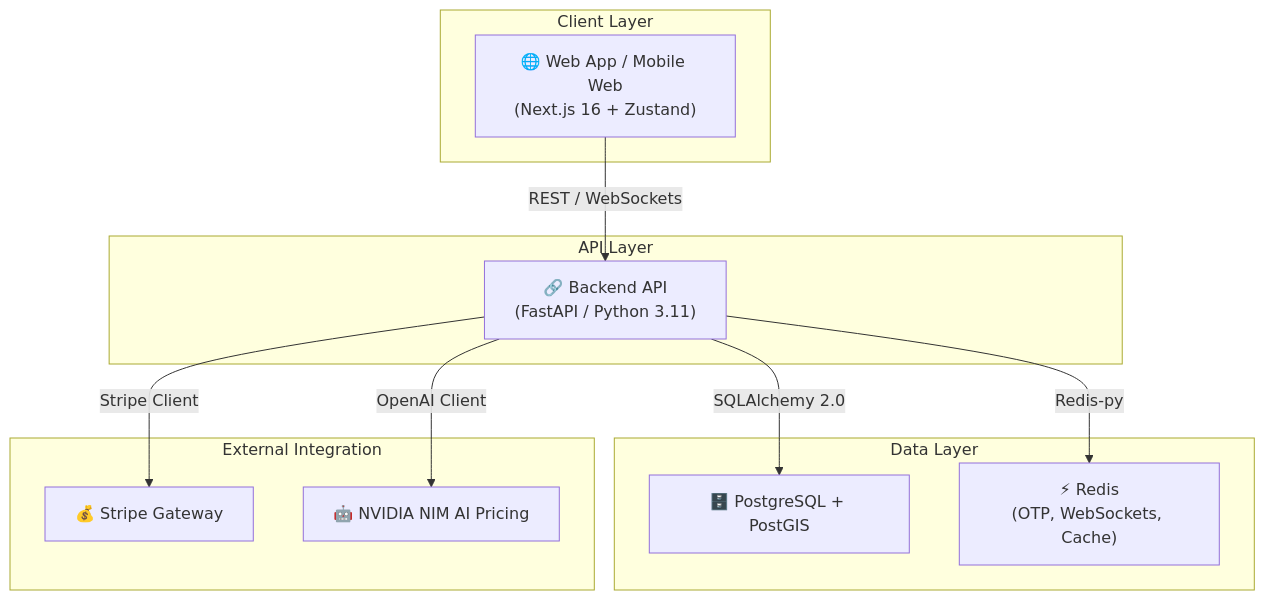
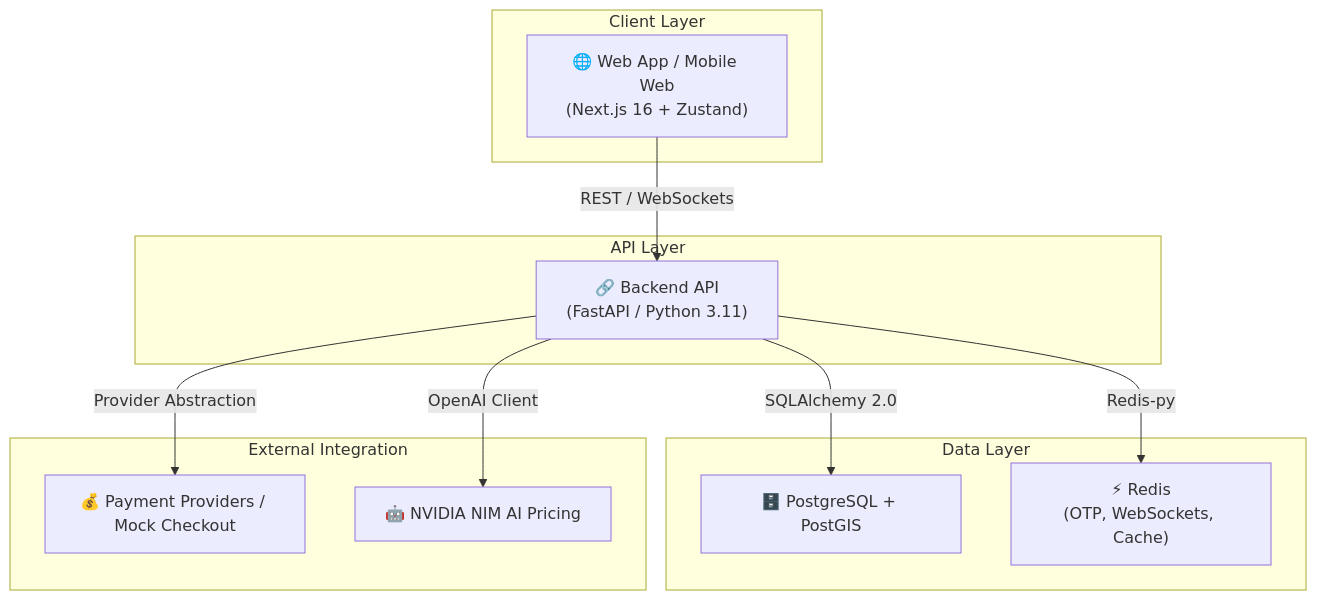
One commit to JosephIsrafilov/yolustu changed the diagram in docs/architecture.md. Above: the diagram before and after it, drawn with Mermaid. The commit also changed other lines of this file and 46 other files, not shown here.

Commit message:
feat(payments): add wallet and booking payment flow

````diff
--- a/docs/architecture.md
+++ b/docs/architecture.md
@@ -7,26 +7,26 @@
 ```mermaid
 graph TB
     subgraph "Client Layer"
         WA["🌐 Web App / Mobile Web<br/>(Next.js 16 + Zustand)"]
     end
     
     subgraph "API Layer"
         API["🔗 Backend API<br/>(FastAPI / Python 3.11)"]
     end
     
     subgraph "Data Layer"
         DB["🗄️ PostgreSQL + PostGIS"]
         RD["⚡ Redis<br/>(OTP, WebSockets, Cache)"]
     end
 
     subgraph "External Integration"
-        Stripe["💰 Stripe Gateway"]
+        Payments["💰 Payment Providers / Mock Checkout"]
         NIM["🤖 NVIDIA NIM AI Pricing"]
     end
     
     WA -->|REST / WebSockets| API
     API -->|SQLAlchemy 2.0| DB
     API -->|Redis-py| RD
-    API -->|Stripe Client| Stripe
+    API -->|Provider Abstraction| Payments
     API -->|OpenAI Client| NIM
 ```
````
